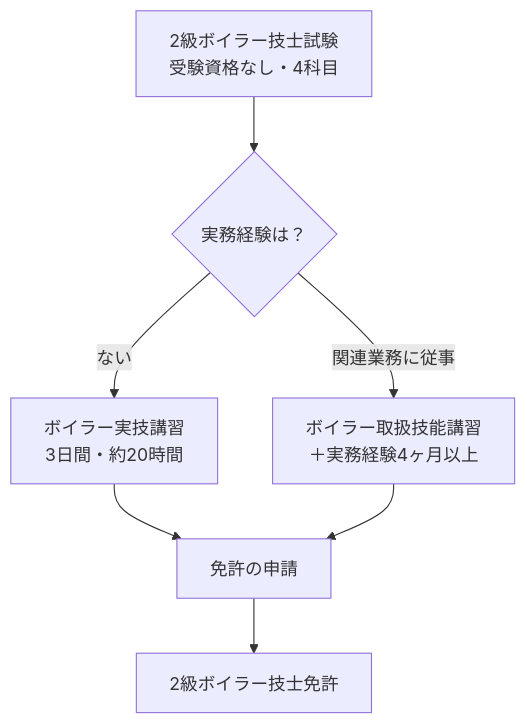
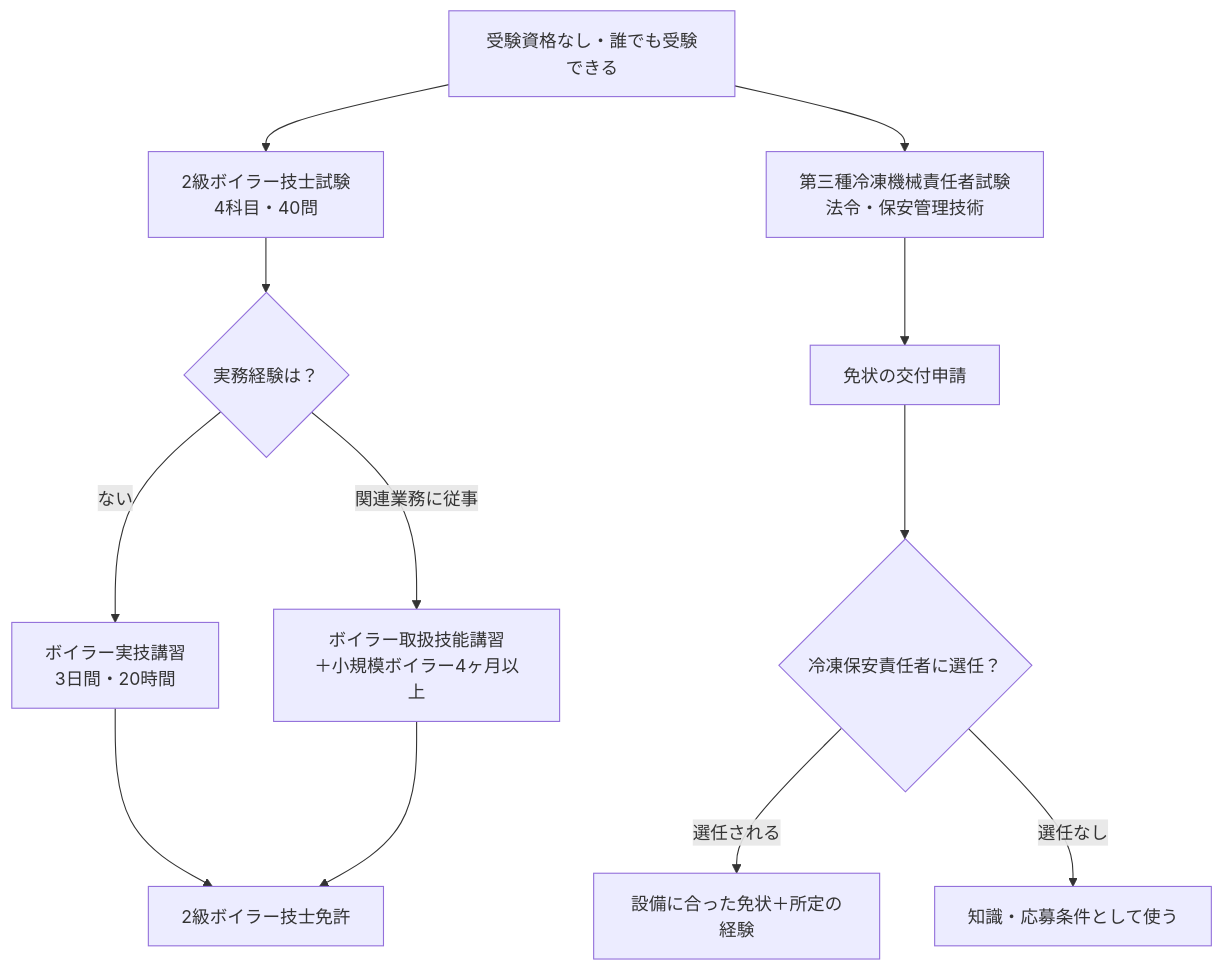
Before and after one commit to sasisi344/syllabus-hack: the diagram in src/data/post/method/boiler-refrigeration-hub/index.md, drawn with Mermaid. The commit also changed other lines of this file and 30 other files, not shown here.

````diff
--- a/src/data/post/method/boiler-refrigeration-hub/index.md
+++ b/src/data/post/method/boiler-refrigeration-hub/index.md
@@ -67,9 +77,14 @@
-```mermaid caption="2級ボイラー技士：試験合格から免許までの2つのルート"
+```mermaid caption="ボイラー技士・冷凍機械責任者：試験合格から仕事で使えるまでのルート"
 flowchart TB
-  A["2級ボイラー技士試験<br/>受験資格なし・4科目"] --> B{"実務経験は？"}
-  B -->|ない| C["ボイラー実技講習<br/>3日間・約20時間"]
-  B -->|関連業務に従事| D["ボイラー取扱技能講習<br/>＋実務経験4ヶ月以上"]
-  C --> E["免許の申請"]
+  S["受験資格なし・誰でも受験できる"] --> A["2級ボイラー技士試験<br/>4科目・40問"]
+  S --> R["第三種冷凍機械責任者試験<br/>法令・保安管理技術"]
+  A --> B{"実務経験は？"}
+  B -->|ない| C["ボイラー実技講習<br/>3日間・20時間"]
+  B -->|関連業務に従事| D["ボイラー取扱技能講習<br/>＋小規模ボイラー4ヶ月以上"]
+  C --> E["2級ボイラー技士免許"]
   D --> E
-  E --> F["2級ボイラー技士免許"]
+  R --> F["免状の交付申請"]
+  F --> G{"冷凍保安責任者に選任？"}
+  G -->|選任される| H["設備に合った免状＋所定の経験"]
+  G -->|選任なし| I["知識・応募条件として使う"]
 ```
````
